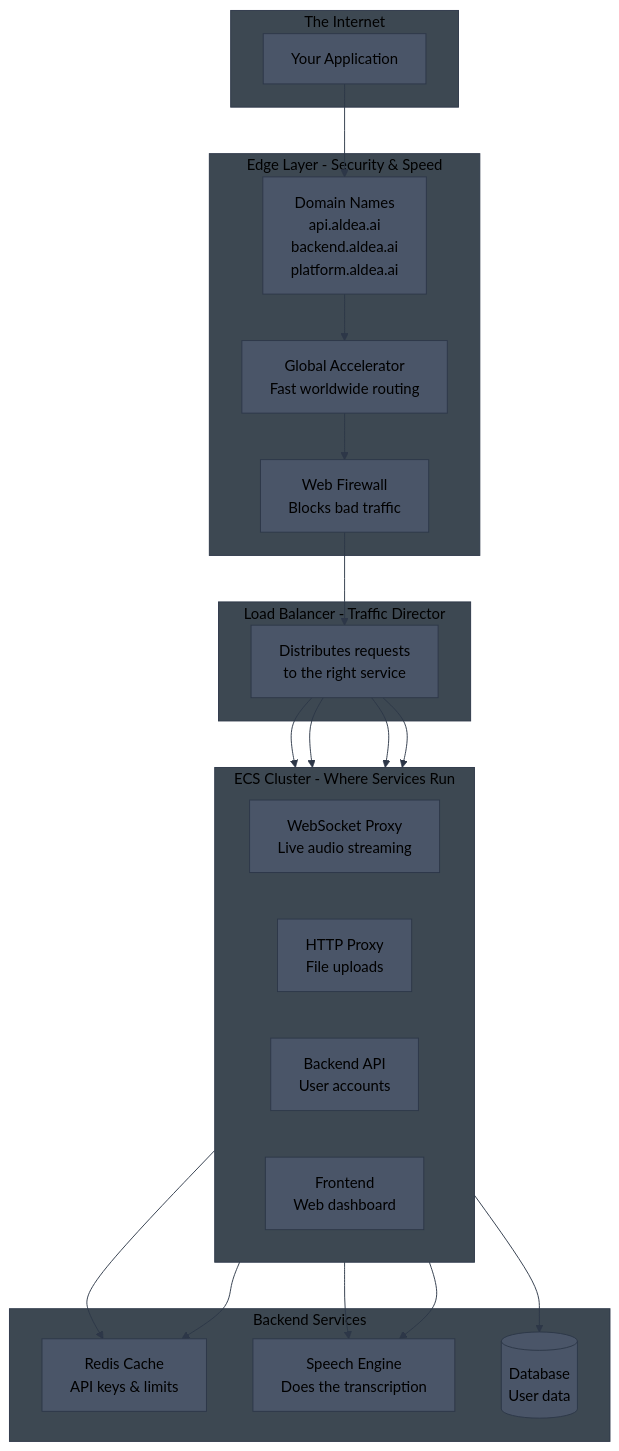
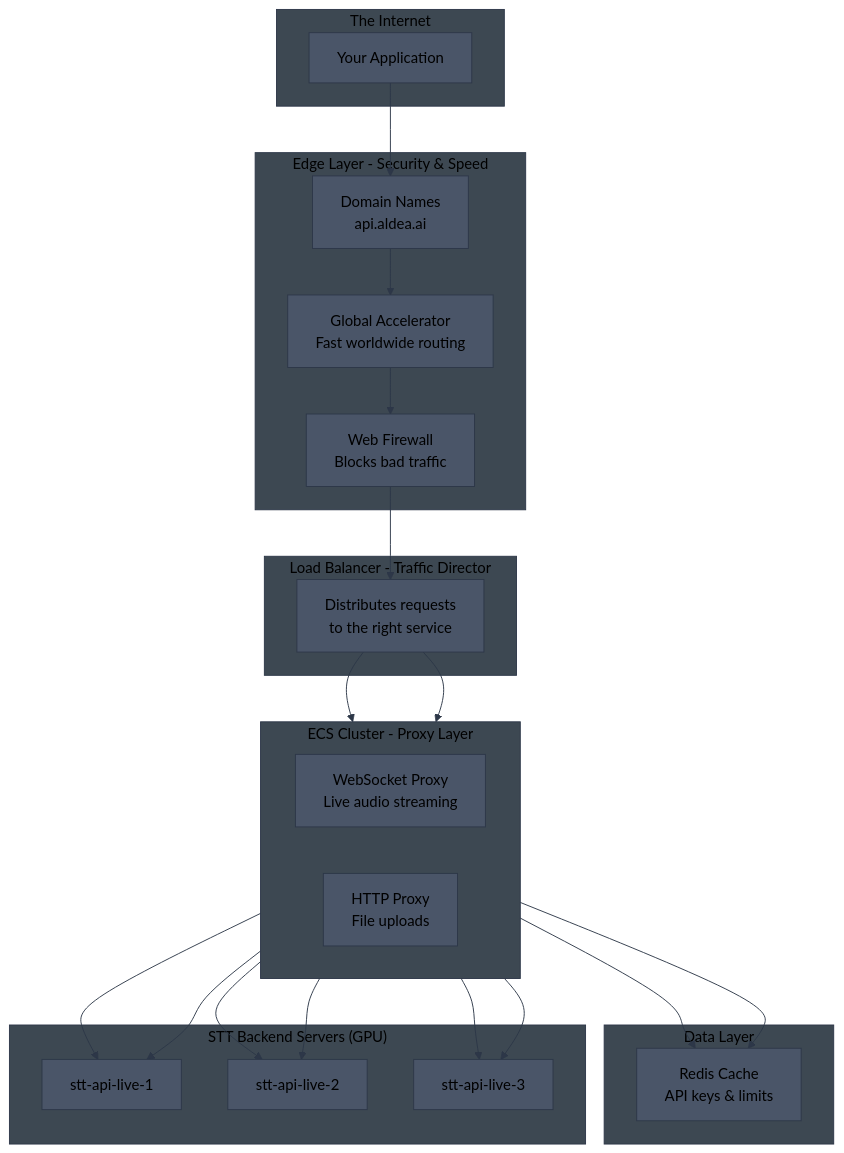
Before and after one commit to aldea-ai/infrastructure-docs: the second of 8 diagrams in diagrams/ecs-architecture.md, drawn with Mermaid. The commit also changed other lines of this file, not shown here.

Commit message:
Add STT backend servers (GPU) to diagrams showing proxy traffic destinations

````diff
--- a/diagrams/ecs-architecture.md
+++ b/diagrams/ecs-architecture.md
@@ -41,37 +41,38 @@
 ```mermaid
 %%{init: {'theme': 'base', 'themeVariables': { 'primaryColor': '#4a5568', 'primaryTextColor': '#000', 'primaryBorderColor': '#2d3748', 'lineColor': '#2d3748', 'secondaryColor': '#5a6577', 'tertiaryColor': '#6b7280', 'background': '#1a202c', 'mainBkg': '#4a5568', 'secondBkg': '#5a6577', 'clusterBkg': '#3d4852', 'clusterBorder': '#2d3748', 'titleColor': '#000'}}}%%
 flowchart TB
     subgraph Internet["The Internet"]
         USER[Your Application]
     end
 
     subgraph Edge["Edge Layer - Security & Speed"]
-        DNS[Domain Names<br/>api.aldea.ai<br/>backend.aldea.ai<br/>platform.aldea.ai]
+        DNS[Domain Names<br/>api.aldea.ai]
         GA[Global Accelerator<br/>Fast worldwide routing]
         WAF[Web Firewall<br/>Blocks bad traffic]
     end
 
     subgraph LB["Load Balancer - Traffic Director"]
         ALB[Distributes requests<br/>to the right service]
     end
 
-    subgraph ECS["ECS Cluster - Where Services Run"]
+    subgraph ECS["ECS Cluster - Proxy Layer"]
         direction LR
         WS[WebSocket Proxy<br/>Live audio streaming]
         HTTP[HTTP Proxy<br/>File uploads]
-        BE[Backend API<br/>User accounts]
-        FE[Frontend<br/>Web dashboard]
     end
 
-    subgraph Backend["Backend Services"]
+    subgraph Data["Data Layer"]
         REDIS[Redis Cache<br/>API keys & limits]
-        STT[Speech Engine<br/>Does the transcription]
-        DB[(Database<br/>User data)]
+    end
+
+    subgraph STT["STT Backend Servers (GPU)"]
+        STT1[stt-api-live-1]
+        STT2[stt-api-live-2]
+        STT3[stt-api-live-3]
     end
 
     USER --> DNS --> GA --> WAF --> ALB
-    ALB --> WS & HTTP & BE & FE
+    ALB --> WS & HTTP
     WS & HTTP --> REDIS
-    WS & HTTP --> STT
-    BE --> DB
+    WS & HTTP --> STT1 & STT2 & STT3
 ```
````
